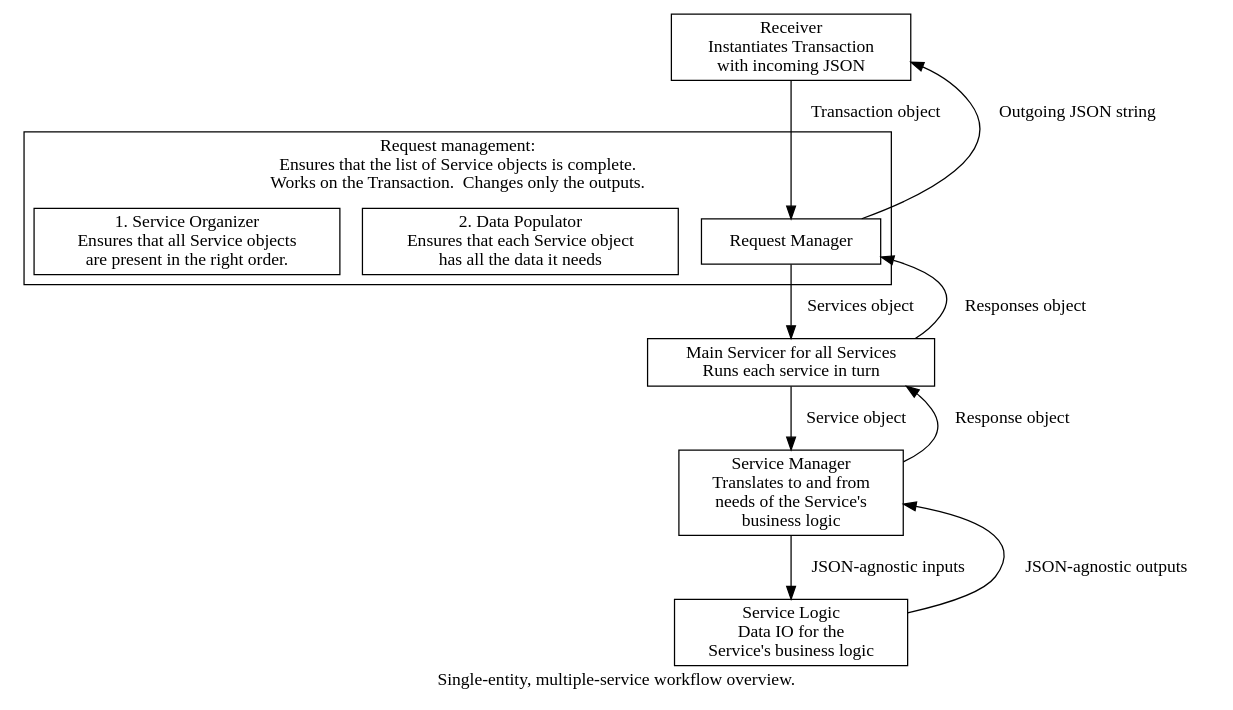
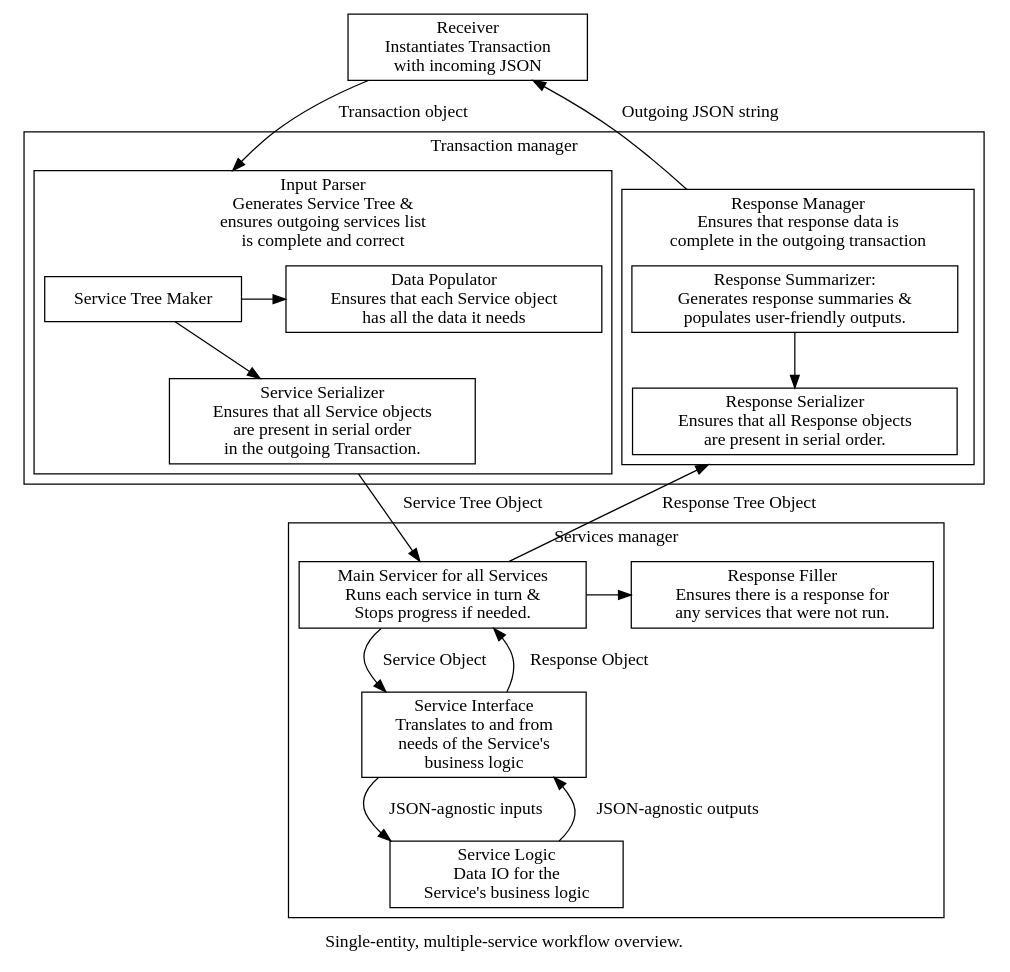
One commit to GLYCAM-Web/gems changed the diagram in docs/gemsModules/Images/Workflow/data-manager-and-servicer.dot. Above: the diagram before and after it, drawn with Graphviz. The commit also changed 2 other files, not shown here.

Commit message:
Elaborated data management design

```diff
--- a/docs/gemsModules/Images/Workflow/data-manager-and-servicer.dot
+++ b/docs/gemsModules/Images/Workflow/data-manager-and-servicer.dot
@@ -1,39 +1,49 @@
 digraph {
     node [shape=box];
+    compound=True;
 
     label="Single-entity, multiple-service workflow overview.";
 
     Receiver [label="Receiver\nInstantiates Transaction\nwith incoming JSON"];
    
-    subgraph cluster_request {
-        rankdir=LR;
-        label="Request management:\nEnsures that the list of Service objects is complete.\nWorks on the Transaction.  Changes only the outputs.";
-        Request_Manager [label="Request Manager"];
-        Data_Populator [label="2. Data Populator\nEnsures that each Service object\nhas all the data it needs"];
-        Service_Organizer [label="1. Service Organizer\nEnsures that all Service objects\nare present in the right order."];
+    subgraph cluster_transaction_manager {
+        label="Transaction manager";
+        subgraph cluster_input_parser {
+            label="Input Parser\nGenerates Service Tree &\nensures outgoing services list\nis complete and correct";
+            Service_Tree_Maker [label="Service Tree Maker\n"];
+            Data_Populator [label="Data Populator\nEnsures that each Service object\nhas all the data it needs"];
+            Service_Serializer [label="Service Serializer\nEnsures that all Service objects\nare present in serial order\nin the outgoing Transaction."];
+            { rank=same; Service_Tree_Maker -> Data_Populator; }  
+            Service_Tree_Maker -> Service_Serializer ;
+        }
+        subgraph cluster_response_manager {
+            label="Response Manager\nEnsures that response data is\ncomplete in the outgoing transaction";
+            Response_Summarizer [label="Response Summarizer:\nGenerates response summaries &\npopulates user-friendly outputs."];
+            Response_Serializer [label="Response Serializer\nEnsures that all Response objects\nare present in serial order."];
 
-        {
-        rank=same;
-        Request_Manager Service_Organizer Data_Populator;
+            Response_Summarizer -> Response_Serializer ;
         }
-    
     }
 
-    Main_Servicer [label="Main Servicer for all Services\nRuns each service in turn"];
-    Service_Manager [label="Service Manager\nTranslates to and from\nneeds of the Service's\n business logic"];
-    Service_Logic [label="Service Logic\nData IO for the\nService's business logic"];
+    subgraph cluster_service_manager {
+        label="Services manager";
+        Main_Servicer [label="Main Servicer for all Services\nRuns each service in turn &\nStops progress if needed."];
+        Service_Interface [label="Service Interface\nTranslates to and from\nneeds of the Service's\n business logic"];
+        Service_Logic [label="Service Logic\nData IO for the\nService's business logic"];
+        Response_Filler [label="Response Filler\nEnsures there is a response for\nany services that were not run."];
+
+        Main_Servicer -> Service_Interface [label="Service Object  "];
+        Main_Servicer -> Service_Interface [label="Response Object  " dir="back"];
+        { rank=same; Main_Servicer -> Response_Filler ;}
+
+        Service_Interface -> Service_Logic [label="JSON-agnostic inputs  "];
+        Service_Interface -> Service_Logic [label="JSON-agnostic outputs  " dir="back"];
+    }
     
-    Receiver -> Request_Manager [label="Transaction object  "];
-    Request_Manager -> Receiver [label="Outgoing JSON string  " constraint=False];
+    Receiver -> Service_Tree_Maker [label="Transaction object  " lhead=cluster_input_parser];
+    Receiver -> Response_Summarizer [label="Outgoing JSON string  " dir="back" lhead=cluster_response_manager];
     
-    Request_Manager -> Main_Servicer [label="Services object  "];
-    Main_Servicer -> Request_Manager [label="Responses object  " constraint=False];
-    
-    Main_Servicer -> Service_Manager [label="Service object  "];
-    Service_Manager -> Main_Servicer [label="Response object  " constraint=False];
-    
-    Service_Manager -> Service_Logic [label="JSON-agnostic inputs  "];
-    Service_Logic -> Service_Manager [label="JSON-agnostic outputs  " constraint=False];
-    
- 
+    Service_Serializer -> Main_Servicer [label="Service Tree Object  " ltail=cluster_input_parser];
+    Response_Serializer -> Main_Servicer [label="Response Tree Object  " dir="back" ltail=cluster_response_manager];
+
 }
```
